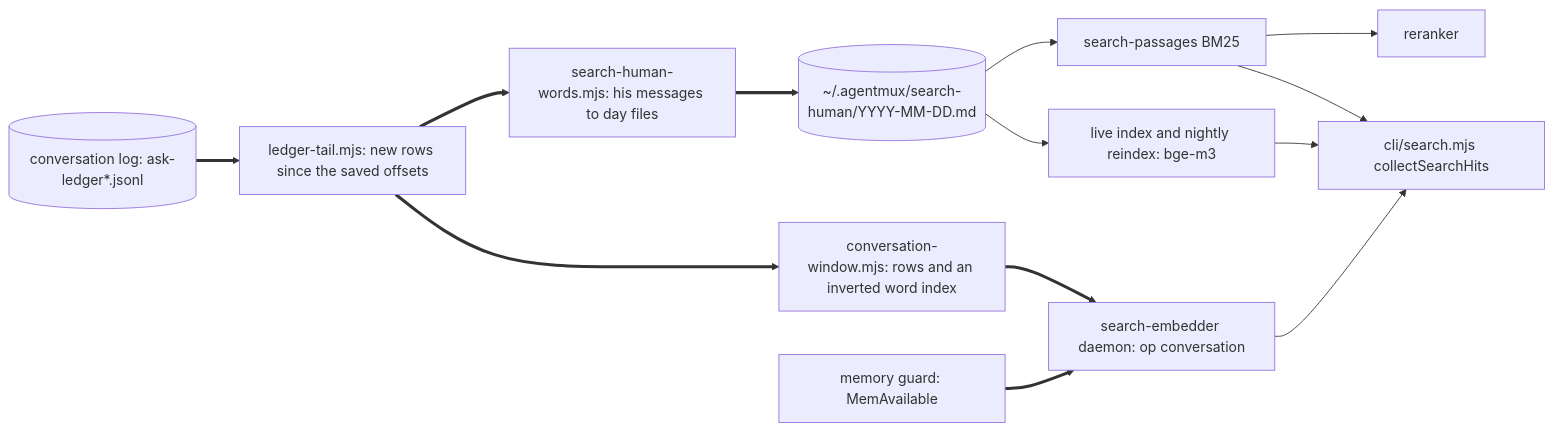
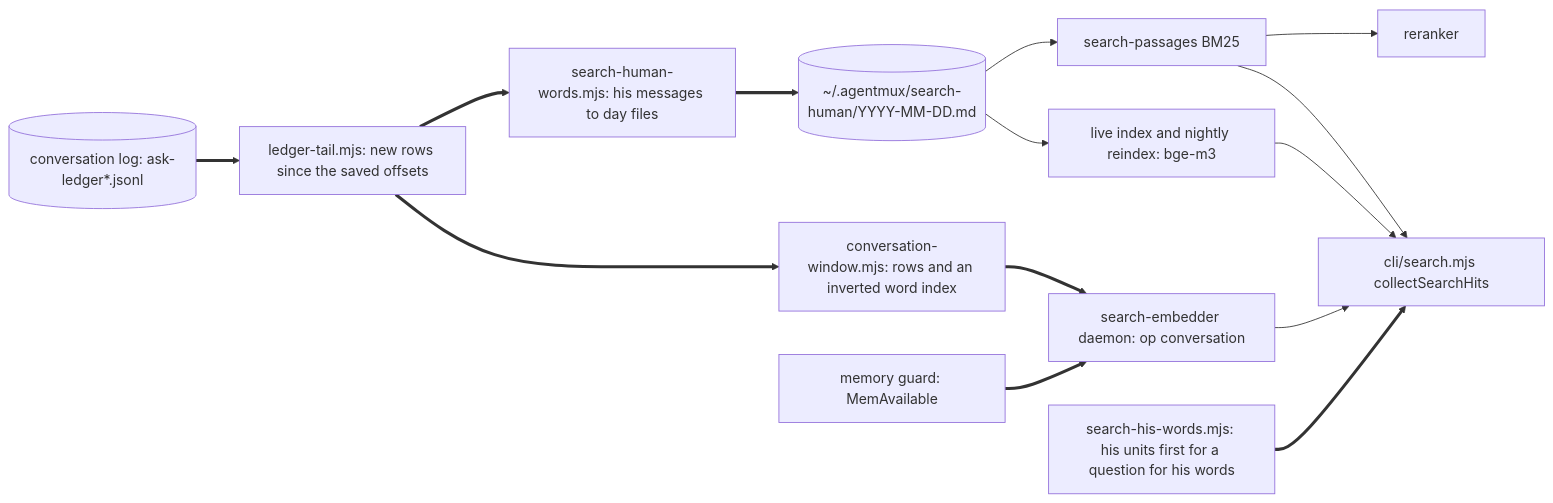
Before and after one commit to adelost/agentmux: the first of 5 diagrams in docs/DESIGN-search-daemon.md, drawn with Mermaid. The commit also changed other lines of this file, not shown here.

First line of the commit message:
docs(search): design v9, his units first for a question for his words; row 53

````diff
--- a/docs/DESIGN-search-daemon.md
+++ b/docs/DESIGN-search-daemon.md
@@ -113,16 +127,17 @@
 ```mermaid
 %% id: arch
 flowchart LR
   L[(conversation log: ask-ledger*.jsonl)] ==> T[ledger-tail.mjs: new rows since the saved offsets]
   T ==> H[search-human-words.mjs: his messages to day files]
   H ==> F[(~/.agentmux/search-human/YYYY-MM-DD.md)]
   T ==> W[conversation-window.mjs: rows and an inverted word index]
   F --> P[search-passages BM25] --> R[reranker]
   F --> V[live index and nightly reindex: bge-m3]
   W ==> D[search-embedder daemon: op conversation]
   M[memory guard: MemAvailable] ==> D
   D --> C[cli/search.mjs collectSearchHits]
   P --> C
   V --> C
+  Q[search-his-words.mjs: his units first for a question for his words] ==> C
   %% solid = exists, thick = new
 ```
````
